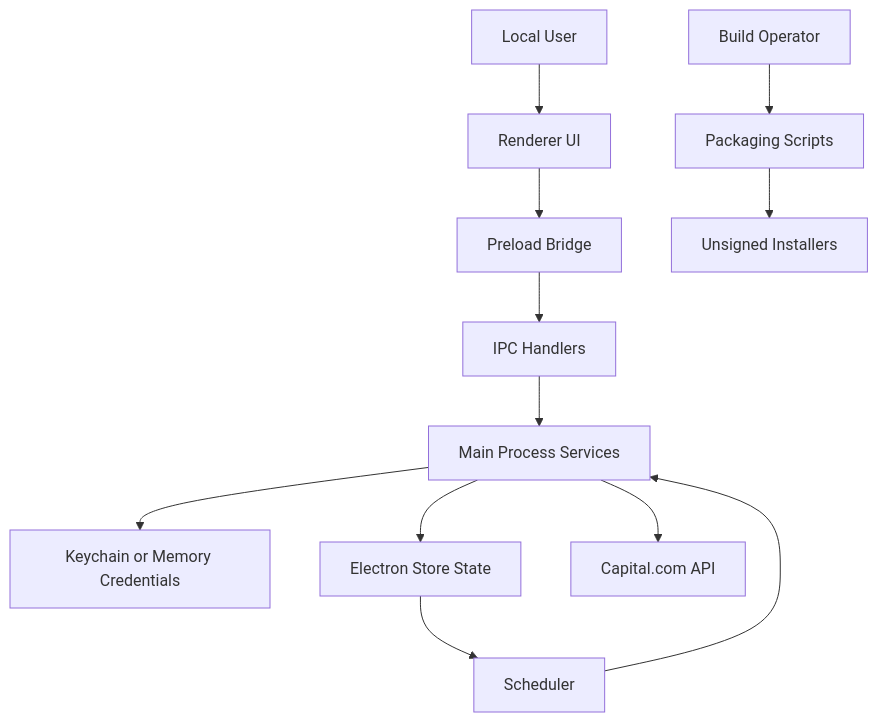
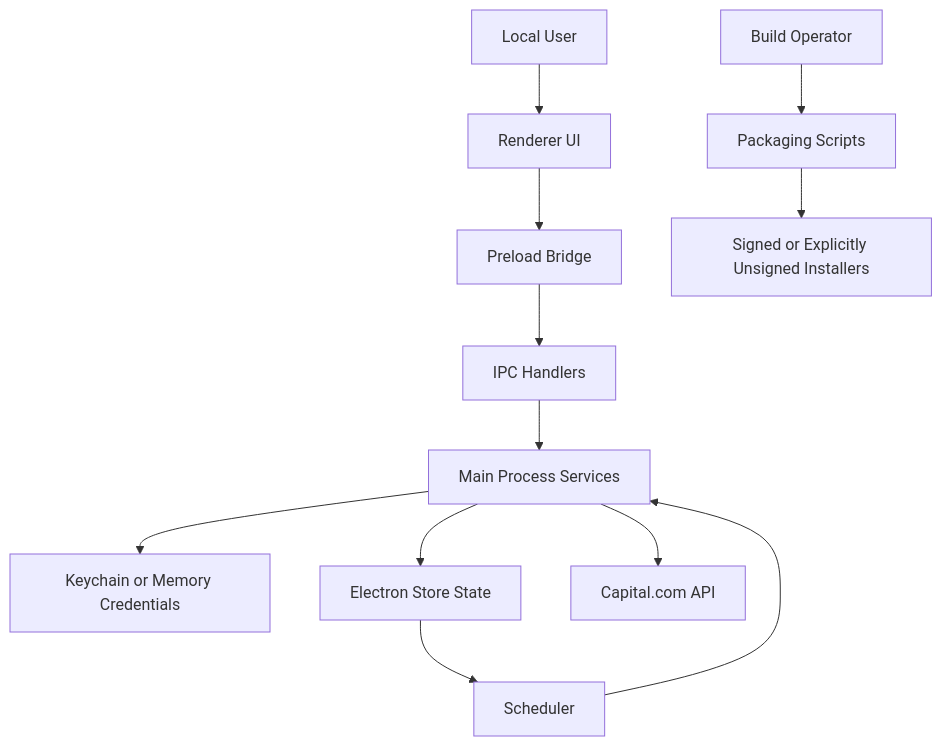
One commit to Svanny/capitalcombot changed the diagram in docs/security/capitalcombot-threat-model.md. Above: the diagram before and after it, drawn with Mermaid. The commit also changed other lines of this file and 3 other files, not shown here.

````diff
--- a/docs/security/capitalcombot-threat-model.md
+++ b/docs/security/capitalcombot-threat-model.md
@@ -76,14 +76,14 @@
 ```mermaid
 flowchart TD
   U["Local User"] --> R["Renderer UI"]
   R --> P["Preload Bridge"]
   P --> I["IPC Handlers"]
   I --> M["Main Process Services"]
   M --> K["Keychain or Memory Credentials"]
   M --> S["Electron Store State"]
   M --> C["Capital.com API"]
   S --> Q["Scheduler"]
   Q --> M
   B["Build Operator"] --> G["Packaging Scripts"]
-  G --> O["Unsigned Installers"]
+  G --> O["Signed or Explicitly Unsigned Installers"]
 ```
````
